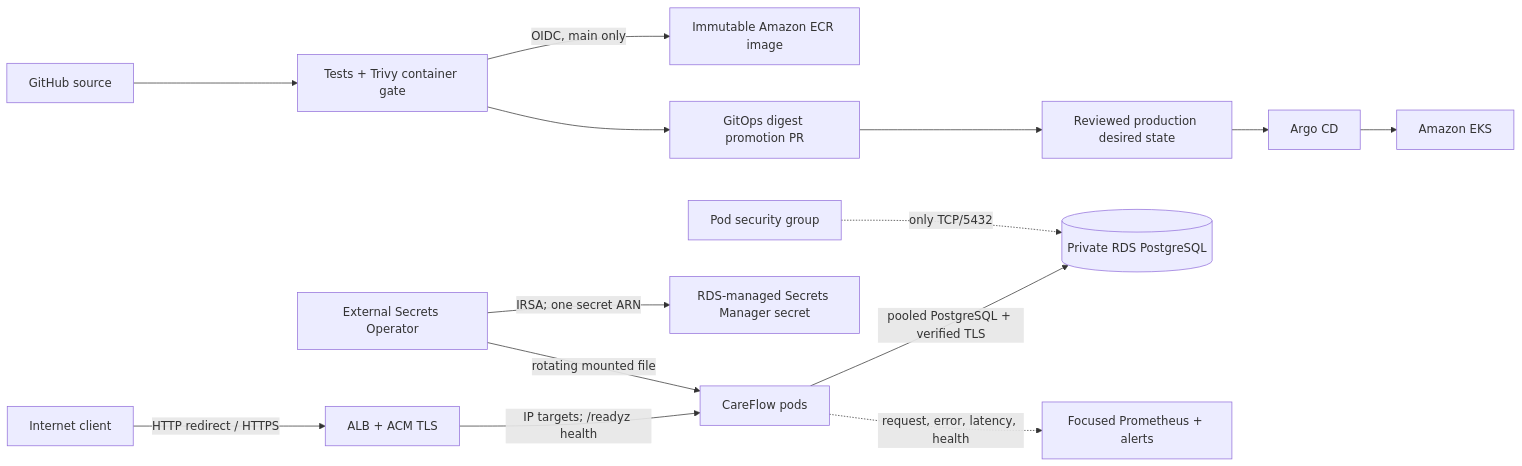
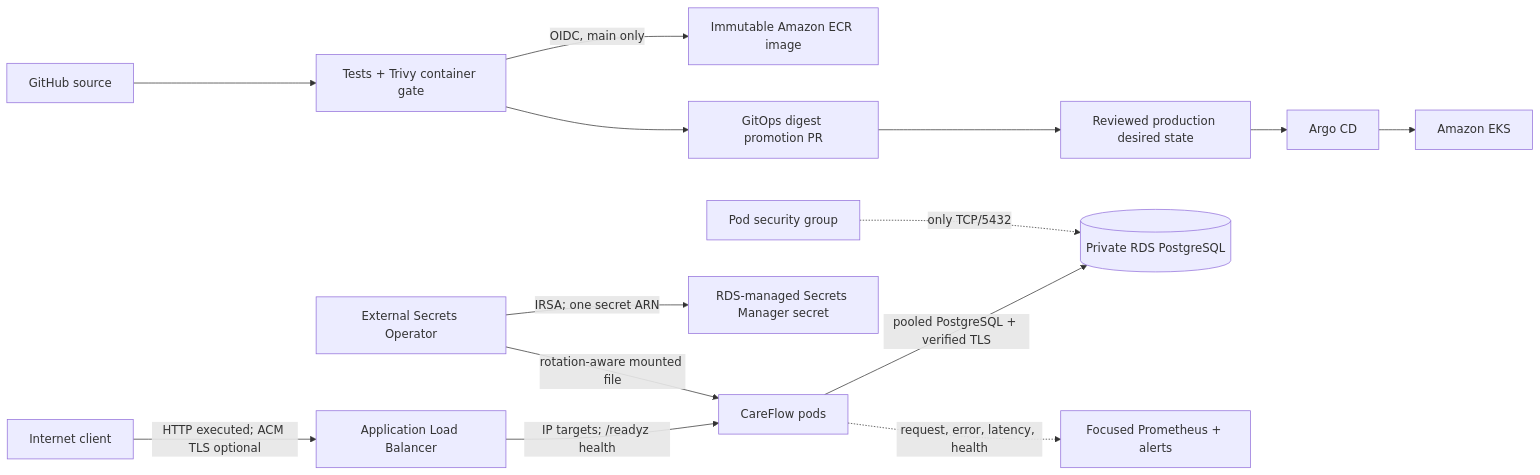
One commit to Shaharyarzd/enterprise-multiregion-cloud-platform changed the first of 2 diagrams in docs/architecture.md. Above: the diagram before and after it, drawn with Mermaid. The commit also changed other lines of this file and 14 other files, not shown here.

````diff
--- a/docs/architecture.md
+++ b/docs/architecture.md
@@ -21,19 +21,19 @@
 ```mermaid
 flowchart LR
     DEV["GitHub source"] --> CI["Tests + Trivy container gate"]
     CI -->|"OIDC, main only"| ECR["Immutable Amazon ECR image"]
     CI --> PR["GitOps digest promotion PR"]
     PR --> GIT["Reviewed production desired state"]
     GIT --> ARGO["Argo CD"]
     ARGO --> EKS["Amazon EKS"]
 
-    USER["Internet client"] -->|"HTTP redirect / HTTPS"| ALB["ALB + ACM TLS"]
+    USER["Internet client"] -->|"HTTP executed; ACM TLS optional"| ALB["Application Load Balancer"]
     ALB -->|"IP targets; /readyz health"| APP["CareFlow pods"]
     APP -->|"pooled PostgreSQL + verified TLS"| RDS[("Private RDS PostgreSQL")]
 
     ESO["External Secrets Operator"] -->|"IRSA; one secret ARN"| SM["RDS-managed Secrets Manager secret"]
-    ESO -->|"rotating mounted file"| APP
+    ESO -->|"rotation-aware mounted file"| APP
     APP -. "request, error, latency, health" .-> PROM["Focused Prometheus + alerts"]
 
     SGP["Pod security group"] -. "only TCP/5432" .-> RDS
 ```
````
